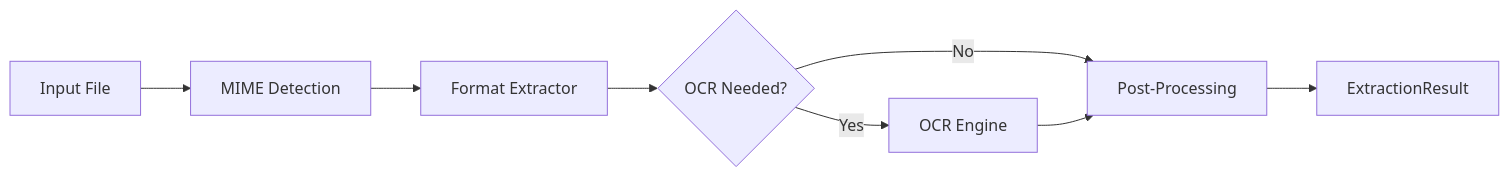
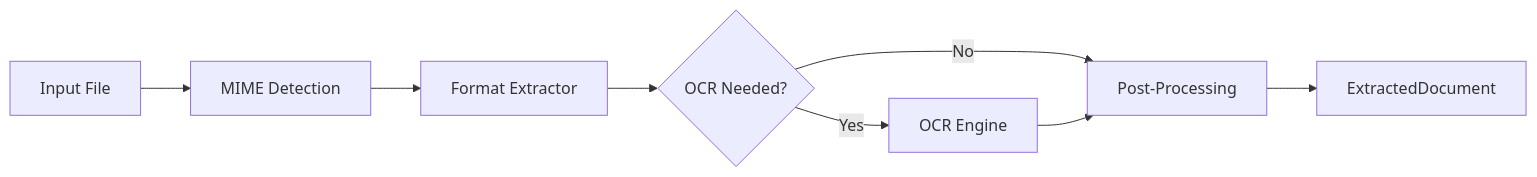
One commit to xberg-io/xberg changed the first of 3 diagrams in docs/features.md. Above: the diagram before and after it, drawn with Mermaid. The commit also changed other lines of this file and 2817 other files, not shown here.

````diff
--- a/docs/features.md
+++ b/docs/features.md
@@ -147,10 +147,10 @@
 ```mermaid
 flowchart LR
     A[Input File] --> B[MIME Detection]
     B --> C[Format Extractor]
     C --> D{OCR Needed?}
     D -->|Yes| E[OCR Engine]
     D -->|No| F[Post-Processing]
     E --> F
-    F --> G[ExtractionResult]
+    F --> G[ExtractedDocument]
 ```
````
